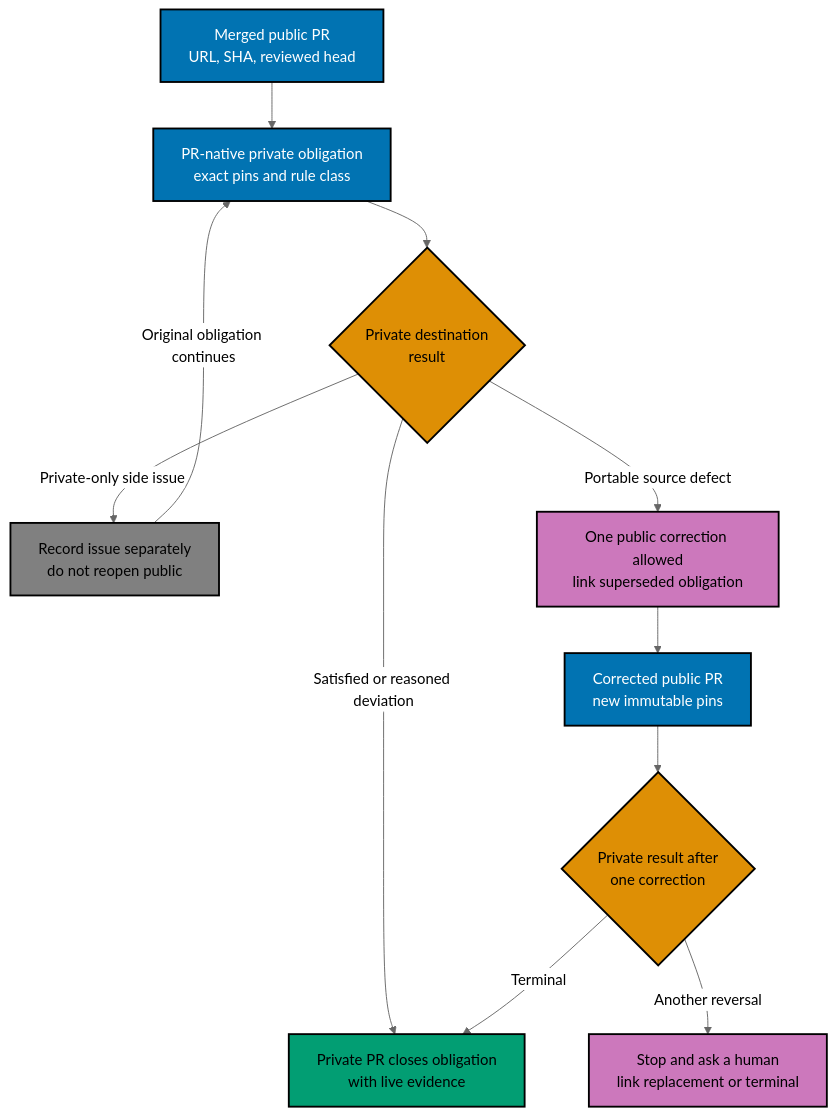
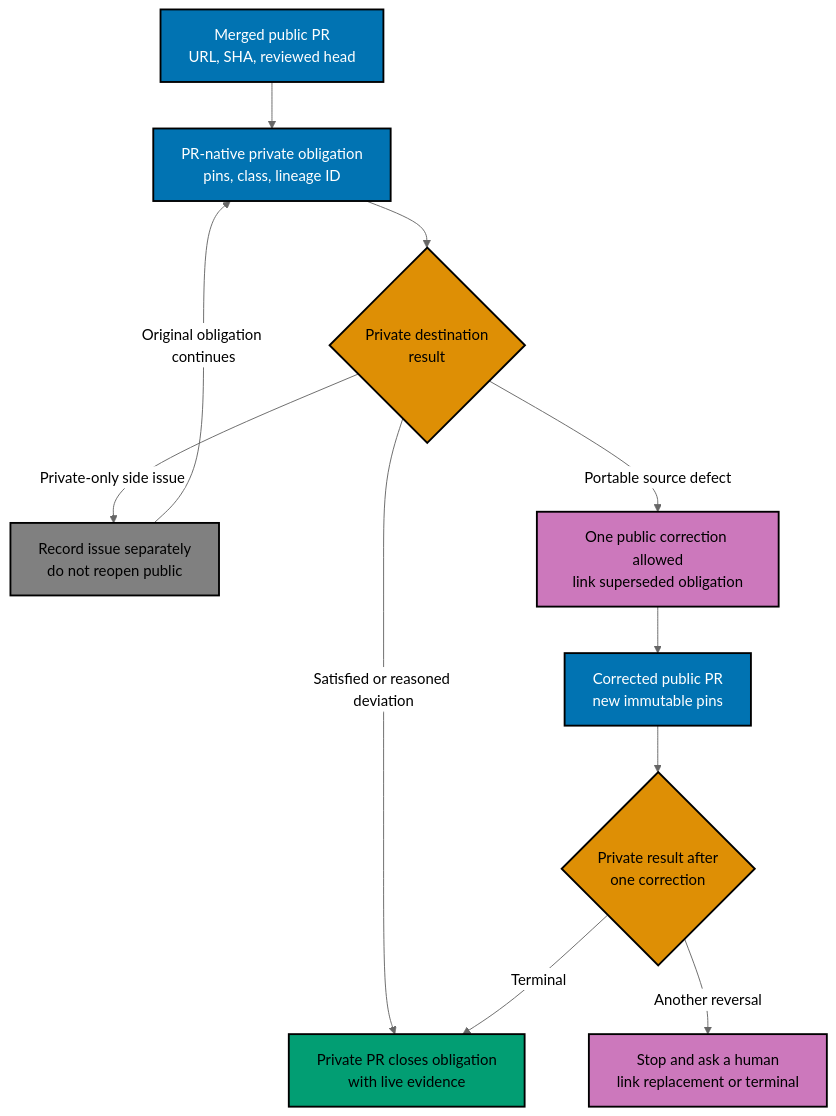
Before and after one commit to wahidyankf/open-sharia-fintech: the second of 3 diagrams in plans/in-progress/optimize-pr-process/tech-docs.md, drawn with Mermaid (neutral theme). The commit also changed other lines of this file and 6 other files, not shown here.

````diff
--- a/plans/in-progress/optimize-pr-process/tech-docs.md
+++ b/plans/in-progress/optimize-pr-process/tech-docs.md
@@ -128,21 +128,21 @@
 ```mermaid
 %% Color Palette: Blue #0173B2, Orange #DE8F05, Teal #029E73, Purple #CC78BC, Gray #808080
 flowchart TD
     accTitle: Public rule propagation and bounded private adaptation
     accDescr: A green public merge creates one pinned private obligation. Private work either closes it, records a private-only decision, or requests one public correction. A second reversal stops for human judgment.
-    P["Merged public PR<br/>URL, SHA, reviewed head"]:::blue --> O["PR-native private obligation<br/>exact pins and rule class"]:::blue
+    P["Merged public PR<br/>URL, SHA, reviewed head"]:::blue --> O["PR-native private obligation<br/>pins, class, lineage ID"]:::blue
     O --> A{"Private destination<br/>result"}:::orange
     A -->|Satisfied or reasoned deviation| C["Private PR closes obligation<br/>with live evidence"]:::teal
     A -->|Private-only side issue| V["Record issue separately<br/>do not reopen public"]:::gray
     V -->|Original obligation continues| O
     A -->|Portable source defect| F["One public correction allowed<br/>link superseded obligation"]:::purple
     F --> P2["Corrected public PR<br/>new immutable pins"]:::blue
     P2 --> A2{"Private result after<br/>one correction"}:::orange
     A2 -->|Terminal| C
     A2 -->|Another reversal| H["Stop and ask a human<br/>link replacement or terminal"]:::purple
     classDef blue fill:#0173B2,stroke:#000000,color:#FFFFFF,stroke-width:2px
     classDef orange fill:#DE8F05,stroke:#000000,color:#000000,stroke-width:2px
     classDef teal fill:#029E73,stroke:#000000,color:#000000,stroke-width:2px
     classDef purple fill:#CC78BC,stroke:#000000,color:#000000,stroke-width:2px
     classDef gray fill:#808080,stroke:#000000,color:#000000,stroke-width:2px
 ```
````
